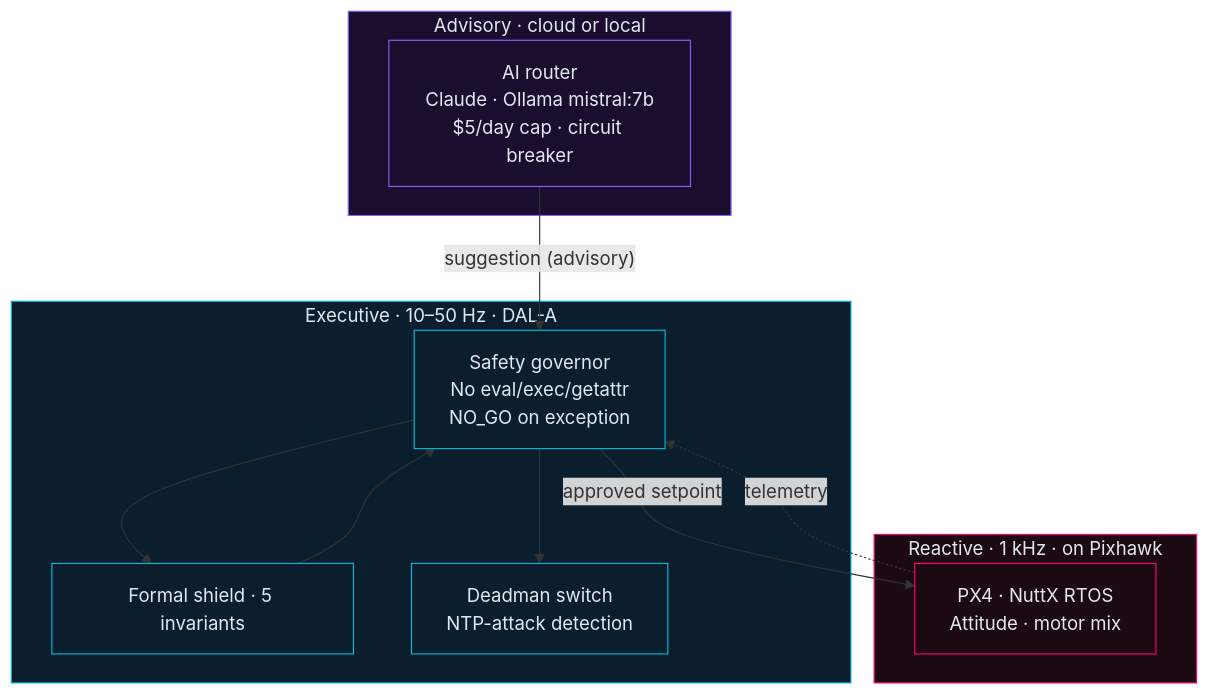
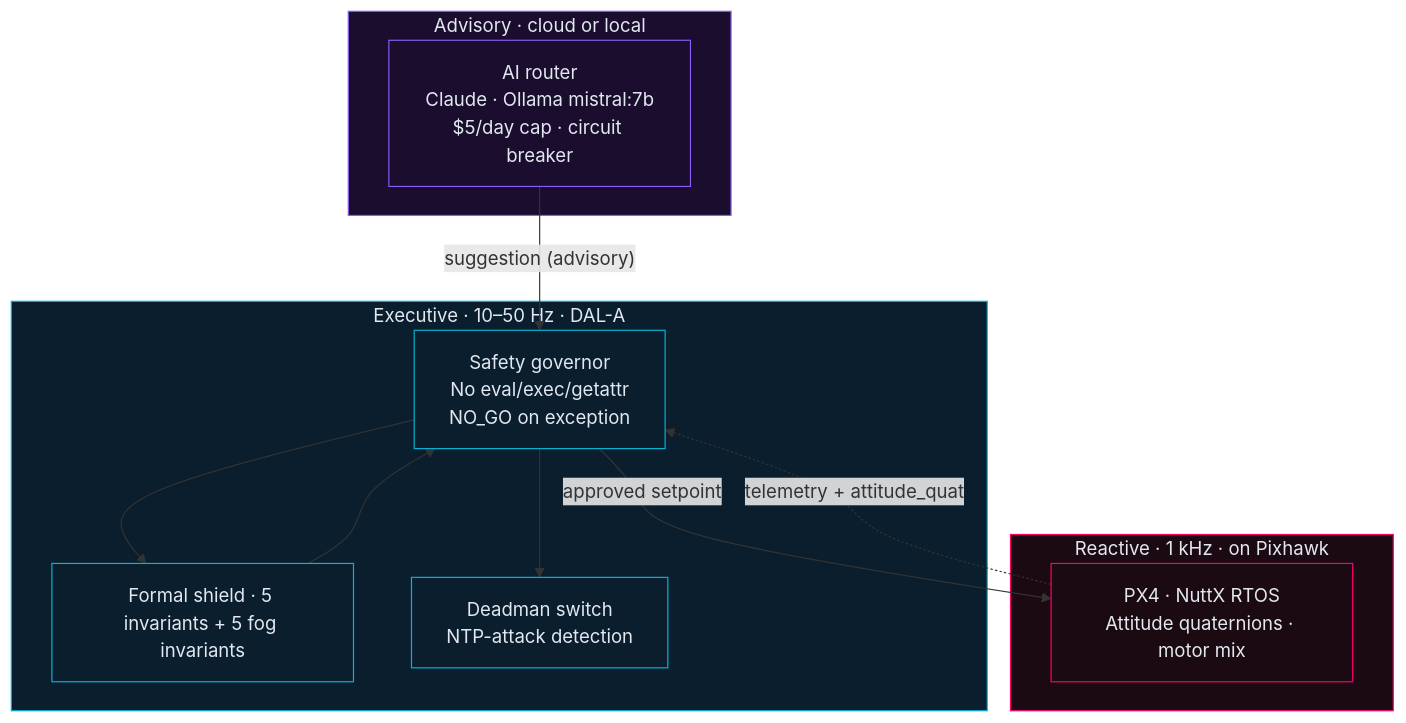
Before and after one commit to CBahtaria/CBahtaria: the diagram in README.md, drawn with Mermaid. The commit also changed other lines of this file, not shown here.

Commit message:
docs(profile): update Now section with fog harvesting, SO(3) Lie group, 942 tests

````diff
--- a/README.md
+++ b/README.md
@@ -41,28 +41,28 @@
 ```mermaid
 flowchart TB
   subgraph T3["Advisory · cloud or local"]
     AI["AI router<br/>Claude · Ollama mistral:7b<br/>$5/day cap · circuit breaker"]
   end
   subgraph T2["Executive · 10–50 Hz · DAL-A"]
     GOV["Safety governor<br/>No eval/exec/getattr<br/>NO_GO on exception"]
-    SHIELD["Formal shield · 5 invariants"]
+    SHIELD["Formal shield · 5 invariants + 5 fog invariants"]
     DMS["Deadman switch<br/>NTP-attack detection"]
   end
   subgraph T1["Reactive · 1 kHz · on Pixhawk"]
-    PX4["PX4 · NuttX RTOS<br/>Attitude · motor mix"]
+    PX4["PX4 · NuttX RTOS<br/>Attitude quaternions · motor mix"]
   end
 
   AI -->|"suggestion (advisory)"| GOV
   GOV --> SHIELD
   SHIELD --> GOV
   GOV --> DMS
   GOV -->|"approved setpoint"| PX4
-  PX4 -.->|"telemetry"| GOV
+  PX4 -.->|"telemetry + attitude_quat"| GOV
 
   classDef advisory fill:#1a0d2e,stroke:#8b5cf6,color:#e2e8f0
   classDef executive fill:#0a1e2e,stroke:#06b6d4,color:#e2e8f0
   classDef reactive fill:#1c0a13,stroke:#ff006e,color:#e2e8f0
   class T3,AI advisory
   class T2,GOV,SHIELD,DMS executive
   class T1,PX4 reactive
 ```
````
